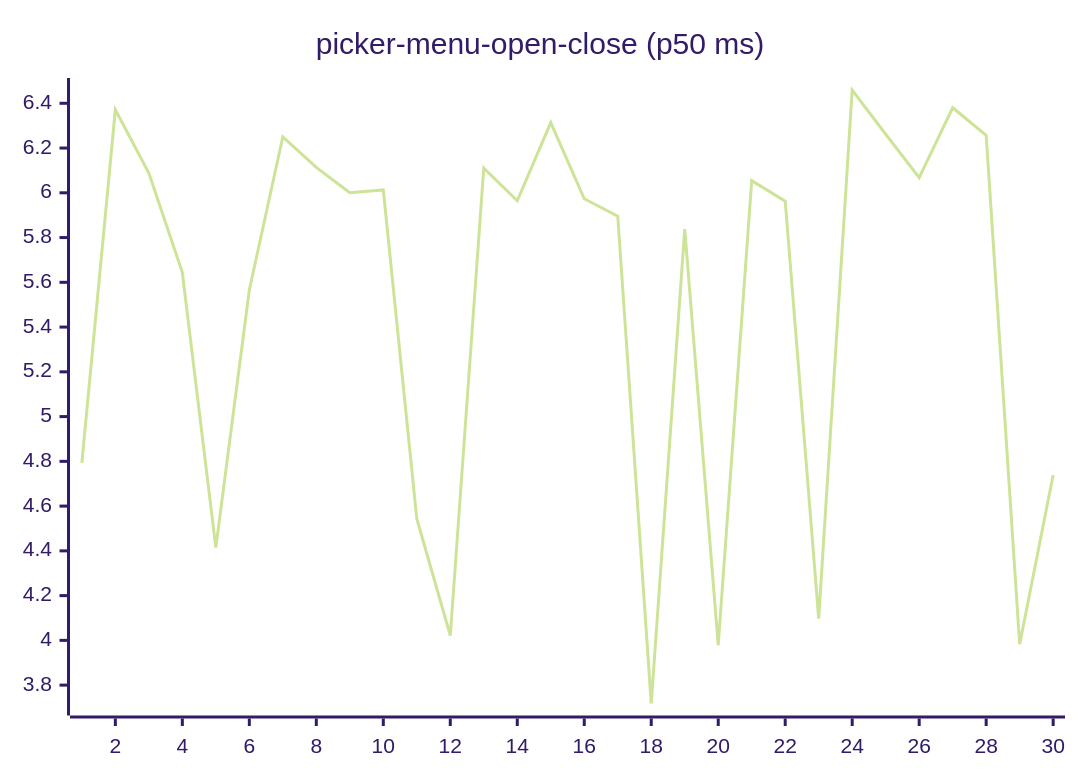
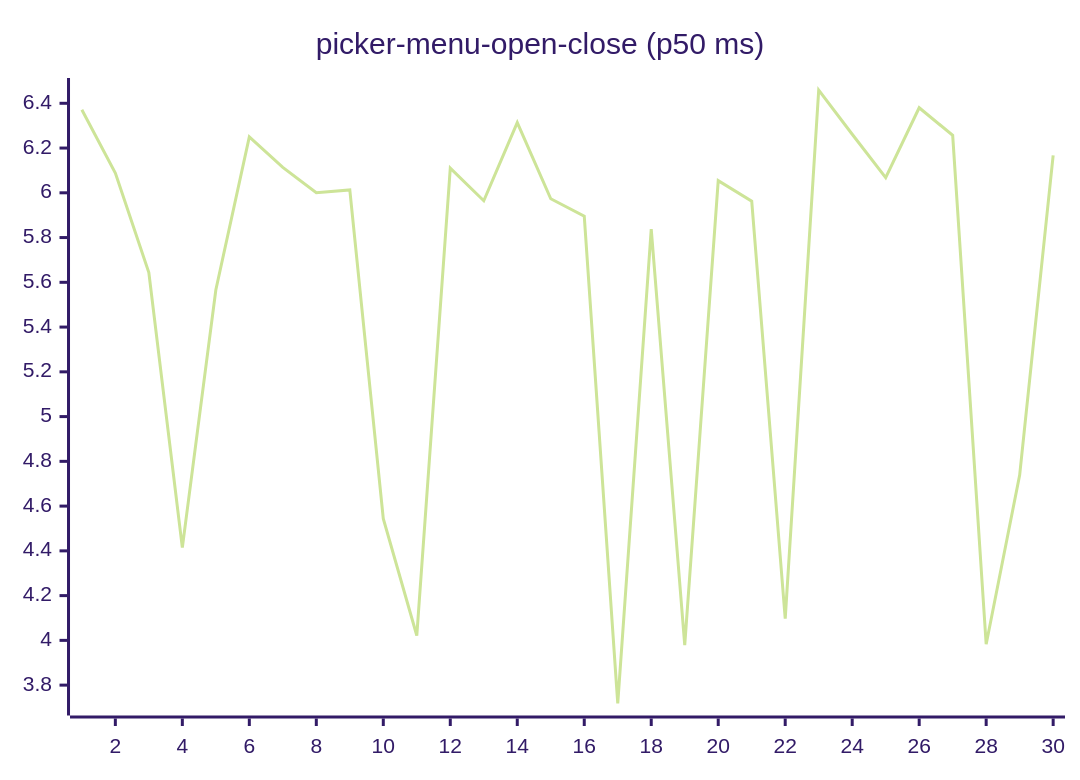
Before and after one commit to josha/Facet: diagram 16 of 27 in README.md, drawn with Mermaid (forest theme). The commit also changed other lines of this file and 2 other files, not shown here.

````diff
--- a/README.md
+++ b/README.md
@@ -168,6 +168,6 @@
 ```mermaid
 xychart-beta
     title "picker-menu-open-close (p50 ms)"
     x-axis 1 --> 30
-    line [4.7934, 6.3713, 6.0885, 5.6440, 4.4145, 5.5656, 6.2500, 6.1133, 6.0006, 6.0128, 4.5439, 4.0216, 6.1100, 5.9646, 6.3137, 5.9733, 5.8960, 3.7179, 5.8378, 3.9788, 6.0543, 5.9629, 4.0972, 6.4594, 6.2618, 6.0678, 6.3801, 6.2569, 3.9826, 4.7388]
+    line [6.3713, 6.0885, 5.6440, 4.4145, 5.5656, 6.2500, 6.1133, 6.0006, 6.0128, 4.5439, 4.0216, 6.1100, 5.9646, 6.3137, 5.9733, 5.8960, 3.7179, 5.8378, 3.9788, 6.0543, 5.9629, 4.0972, 6.4594, 6.2618, 6.0678, 6.3801, 6.2569, 3.9826, 4.7388, 6.1676]
 ```
````
